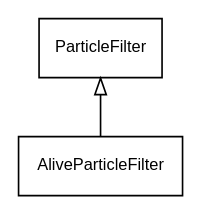
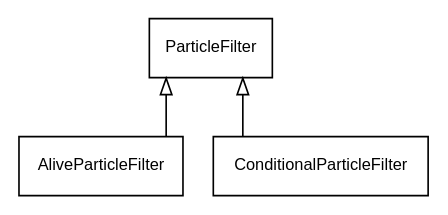
Before and after one commit to lawmurray/Birch: the diagram in docs/figs/Filter.dot, drawn with Graphviz. The commit also changed 17 other files, not shown here.

```diff
--- a/docs/figs/Filter.dot
+++ b/docs/figs/Filter.dot
@@ -1,12 +1,14 @@
 digraph {
   splines=ortho
   concentrate=true
   rankdir=BT
   node [shape=box,fontname=Helvetica,fontsize=10,margin="0.1,0.01"]
   edge [arrowhead=empty]
 
   ParticleFilter [href="../classes/ParticleFilter/",target="_top"]
   AliveParticleFilter [href="../classes/AliveParticleFilter/",target="_top"]
+  ConditionalParticleFilter [href="../classes/ConditionalParticleFilter/",target="_top"]
 
   AliveParticleFilter -> ParticleFilter
+  ConditionalParticleFilter -> ParticleFilter
 }
```
